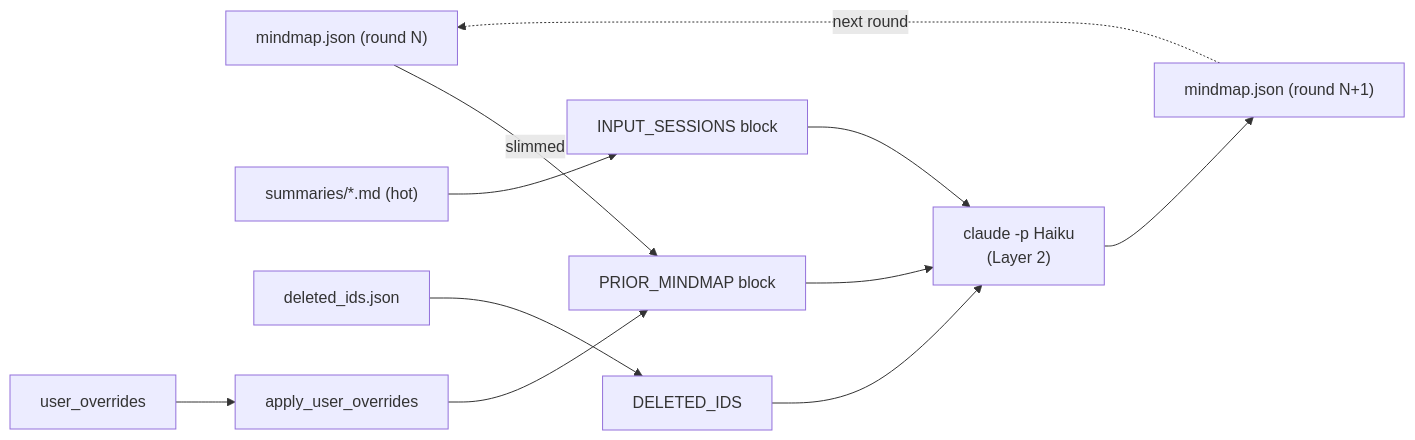
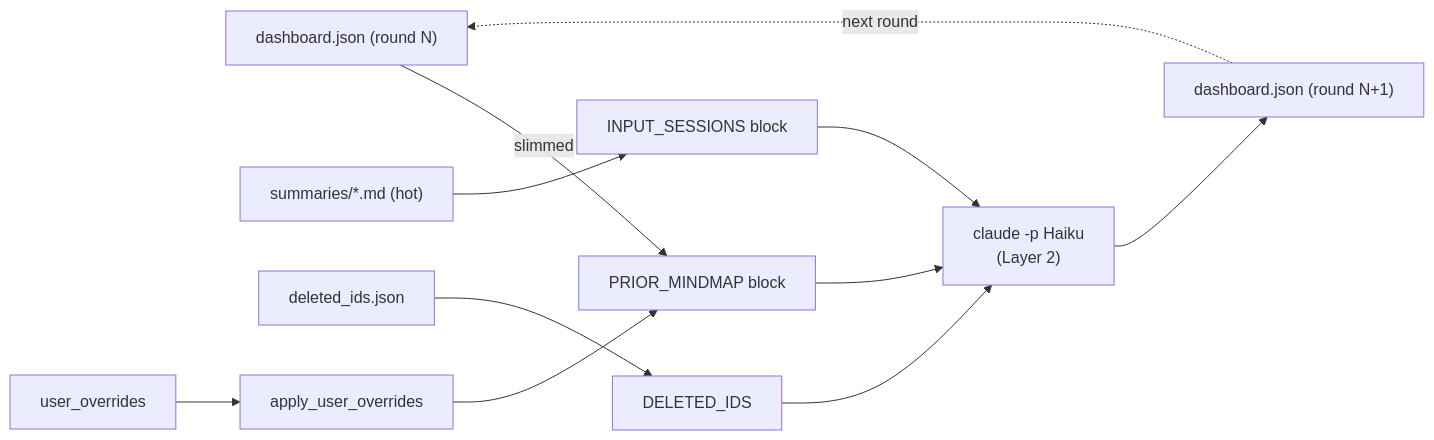
The seventh of 8 diagrams in docs/ARCHITECTURE.md (Icesource/claude-stray), drawn with Mermaid before and after one commit. The commit also changed other lines of this file and 24 other files, not shown here.

First line of the commit message:
docs: 全仓文档去陈旧——mindmap-- → stray--、mindmap.json/.html → dashboard.*,ARCHITECTURE/TROUBLESHOOTING 更新

````diff
--- a/docs/ARCHITECTURE.md
+++ b/docs/ARCHITECTURE.md
@@ -433,11 +438,11 @@
 ```mermaid
 flowchart LR
-    A["mindmap.json (round N)"] -->|slimmed| B["PRIOR_MINDMAP block"]
+    A["dashboard.json (round N)"] -->|slimmed| B["PRIOR_MINDMAP block"]
     C["summaries/*.md (hot)"] --> D["INPUT_SESSIONS block"]
     E["deleted_ids.json"] --> F["DELETED_IDS"]
     O["user_overrides"] --> Merge["apply_user_overrides"]
     Merge --> B
     B & D & F --> G["claude -p Haiku<br/>(Layer 2)"]
-    G --> H["mindmap.json (round N+1)"]
+    G --> H["dashboard.json (round N+1)"]
     H -.->|next round| A
 ```
````
